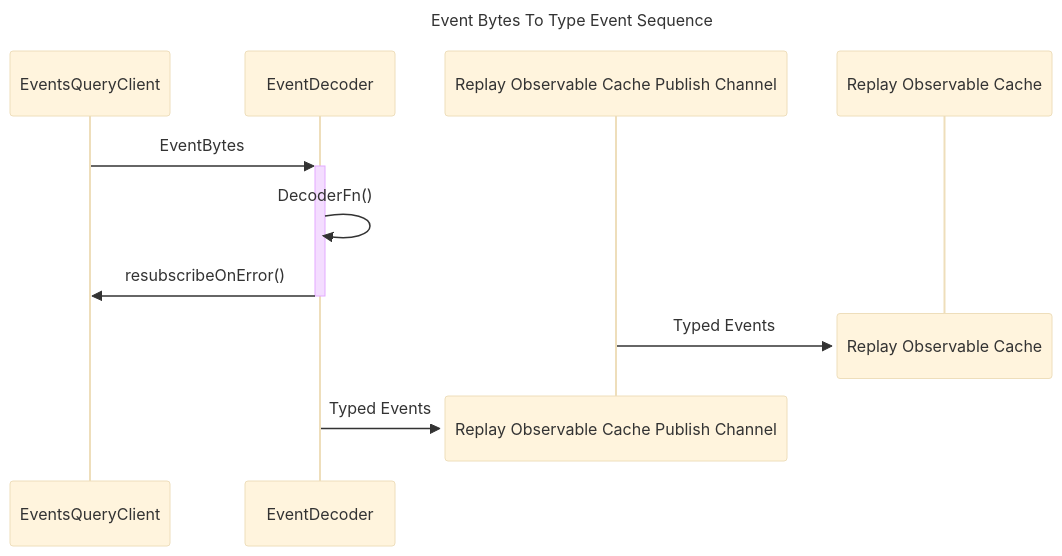
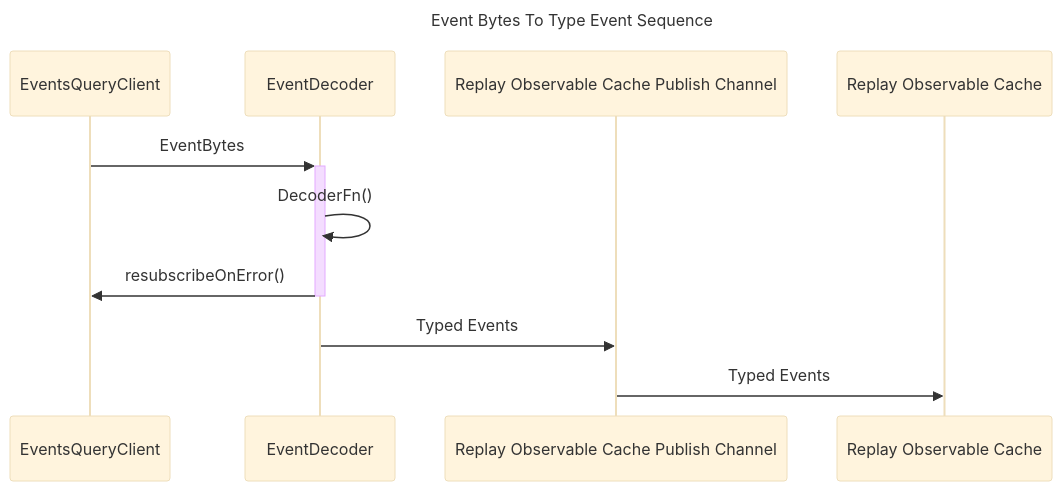
Before and after one commit to pokt-network/poktroll: the fifth of 5 diagrams in docs/pkg/client/events.md, drawn with Mermaid (base theme).

Commit message:
chore: fix sequence diagram

````diff
--- a/docs/pkg/client/events.md
+++ b/docs/pkg/client/events.md
@@ -189,18 +189,16 @@
 ```mermaid
 ---
 title: Event Bytes To Type Event Sequence
 ---
 
 sequenceDiagram
     participant Q as EventsQueryClient
     participant D as EventDecoder
     Q ->>+ D: EventBytes
     D ->> D: DecoderFn()
     D ->>- Q: resubscribeOnError()
     participant P as Replay Observable Cache Publish Channel
     participant O as Replay Observable Cache
-    destroy O
+    D ->> P: Typed Events
     P ->> O: Typed Events
-    destroy P
-    D ->> P: Typed Events
 ```
````
